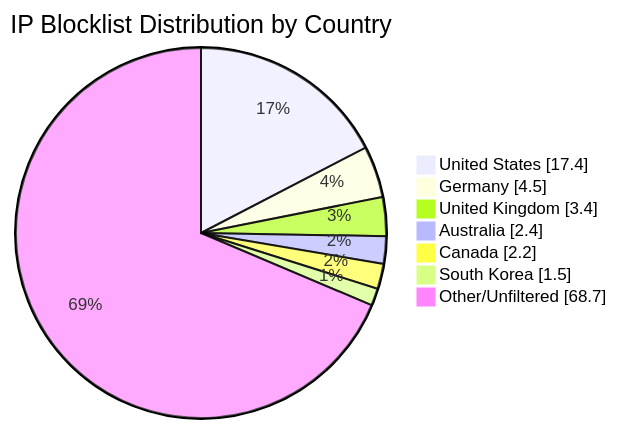
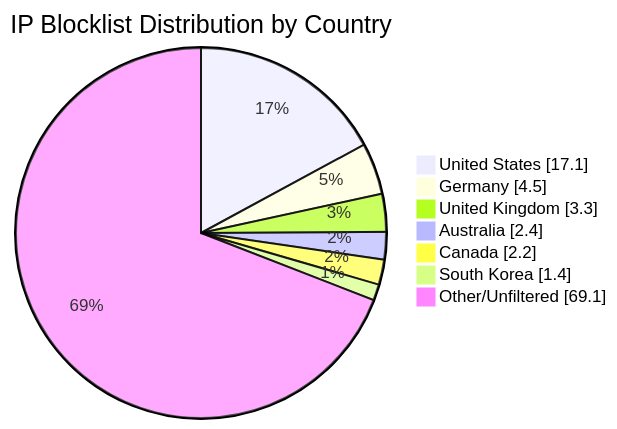
Before and after one commit to MarcusHoltz/ipblocklist-geofiltered-aggregator: the diagram in README.md, drawn with Mermaid. The commit also changed other lines of this file and 9 other files, not shown here.

````diff
--- a/README.md
+++ b/README.md
@@ -34,10 +34,10 @@
 ```mermaid
 pie showData title IP Blocklist Distribution by Country
-"United States" : 17.4
+"United States" : 17.1
 "Germany" : 4.5
-"United Kingdom" : 3.4
+"United Kingdom" : 3.3
 "Australia" : 2.4
 "Canada" : 2.2
-"South Korea" : 1.5
-"Other/Unfiltered" : 68.7
+"South Korea" : 1.4
+"Other/Unfiltered" : 69.1
 ```
````
